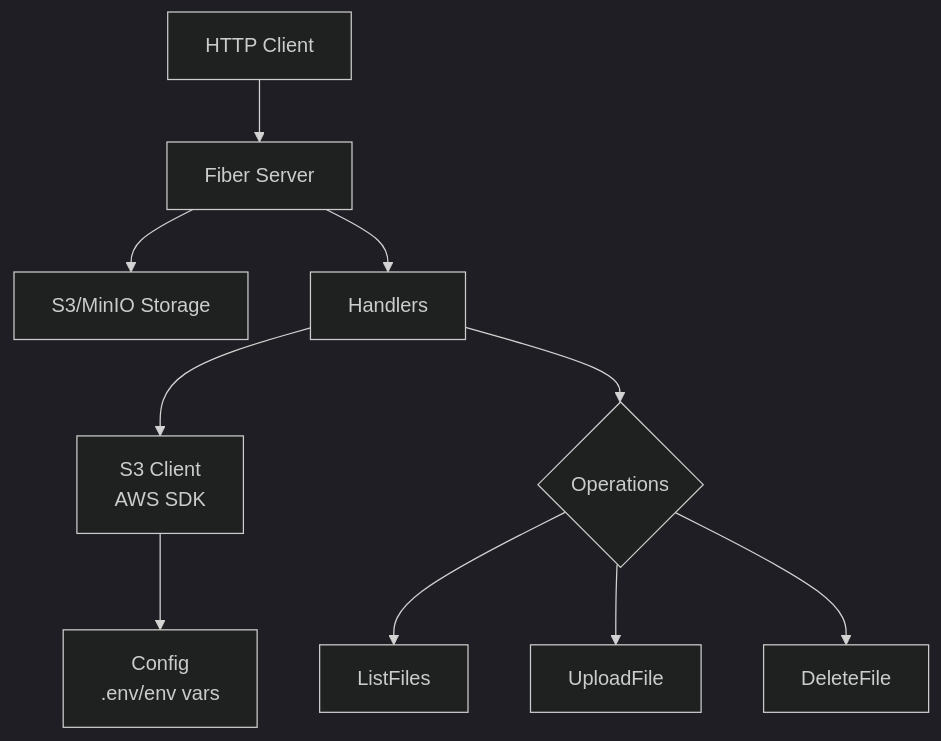
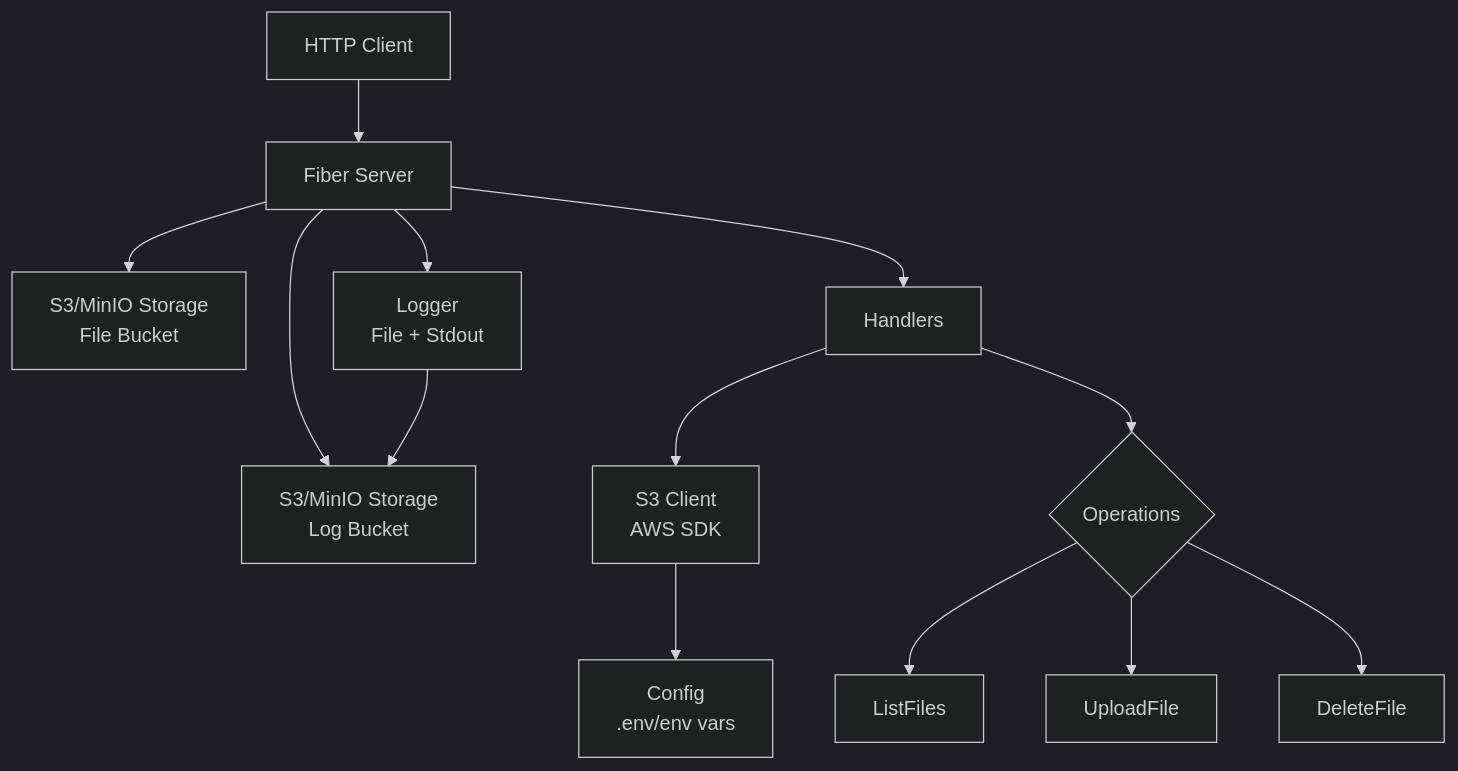
The diagram in application/ARCHITECTURE.md (be99inner/devops-challenge), drawn with Mermaid (dark theme) before and after one commit. The commit also changed other lines of this file, not shown here.

Commit message:
doc: update architecture docs for sample app

````diff
--- a/application/ARCHITECTURE.md
+++ b/application/ARCHITECTURE.md
@@ -8,14 +8,18 @@
 ```mermaid
 graph TD
     A[HTTP Client] --> B[Fiber Server]
-    B --> C[S3/MinIO Storage]
+    B --> C[S3/MinIO Storage<br/>File Bucket]
+    B --> K[S3/MinIO Storage<br/>Log Bucket]
 
     B --> D[Handlers]
     D --> E[S3 Client<br/>AWS SDK]
     E --> F[Config<br/>.env/env vars]
 
     D --> G{Operations}
     G --> H[ListFiles]
     G --> I[UploadFile]
     G --> J[DeleteFile]
+
+    B --> L[Logger<br/>File + Stdout]
+    L --> K
 ```
````
